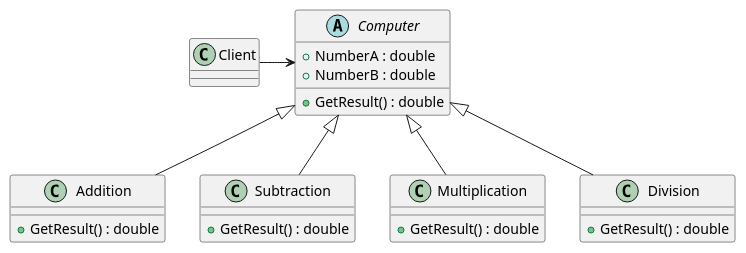
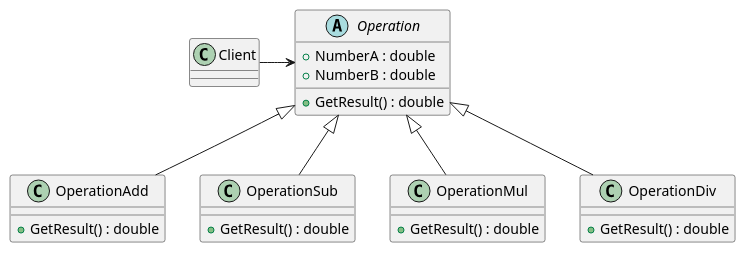
Before and after one commit to zzyAJohn/ajohn.top: the diagram in docs/design_pattern/1.Factory.md, drawn with PlantUML. The commit also changed other lines of this file and 3 other files, not shown here.

```diff
--- a/docs/design_pattern/1.Factory.md
+++ b/docs/design_pattern/1.Factory.md
@@ -10,41 +10,41 @@
 @startuml
 
 class Client {
   
 
 }
 
-abstract class Computer {
+abstract class Operation {
   +NumberA : double
   +NumberB : double
   +GetResult() : double
 }
 
-class Addition {
+class OperationAdd {
   
   +GetResult() : double
 }
 
-class Subtraction {
+class OperationSub {
   
   +GetResult() : double
 }
 
-class Multiplication {
+class OperationMul {
   
   +GetResult() : double
 }
 
-class Division {
+class OperationDiv {
   
   +GetResult() : double
 }
 
-Client -> Computer
-Computer <|-- Addition
-Computer <|-- Subtraction
-Computer <|-- Multiplication
-Computer <|-- Division
+Client -> Operation
+Operation <|-- OperationAdd
+Operation <|-- OperationSub
+Operation <|-- OperationMul
+Operation <|-- OperationDiv
 
 
 @enduml
```
